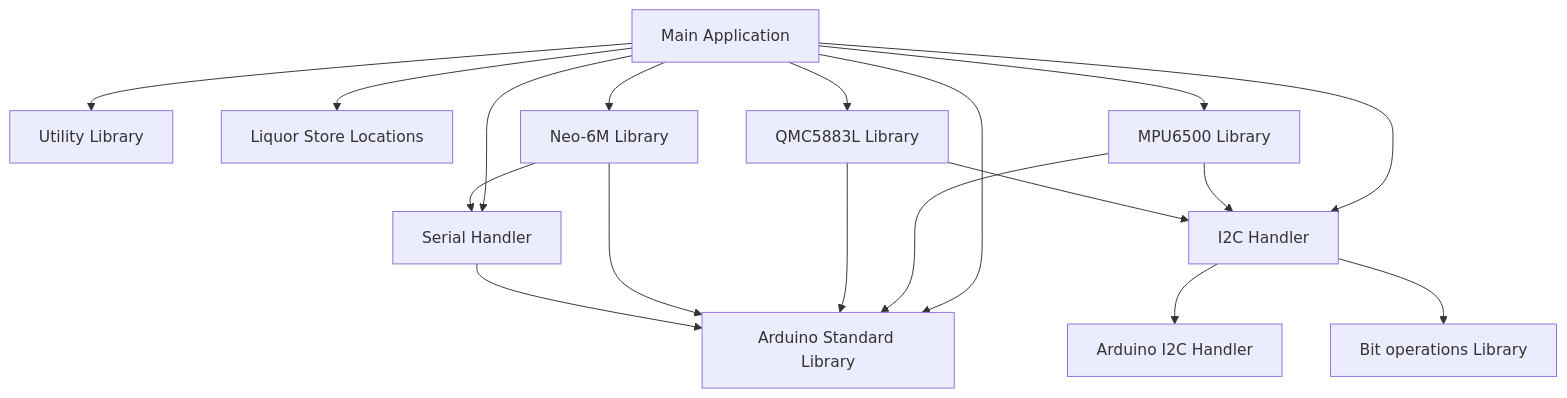
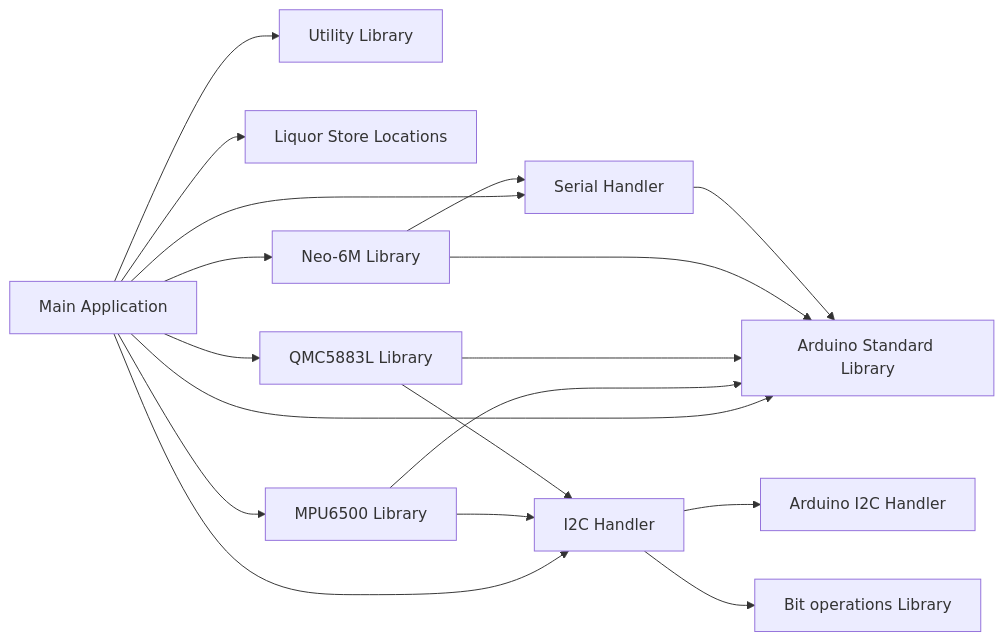
One commit to kyleetqi/beercompassV0 changed the diagram in readme.md. Above: the diagram before and after it, drawn with Mermaid.

Commit message:
Update flowchart

````diff
--- a/readme.md
+++ b/readme.md
@@ -11,38 +11,38 @@
 ```mermaid
 
-flowchart TD
+flowchart LR
 
 %% Main non-hardware libraries
 main[Main Application] --> utils[Utility Library]
 main --> arduino[Arduino Standard Library]
 main --> locations[Liquor Store Locations]
 
 %% Main IC libraries
 main --> mpu6500[MPU6500 Library]
 main --> qmc5883l[QMC5883L Library]
 main --> neo6m[Neo-6M Library]
 
 %% Main hardware interfacing libraries
 main --> serial[Serial Handler]
 main --> i2c[I2C Handler]
 
 %% MPU6500 libraries
 mpu6500 --> arduino
 mpu6500 --> i2c
 
 %% QMC5883L libraries
 qmc5883l --> i2c
 qmc5883l --> arduino
 
 %% Neo-6M libraries
 neo6m --> arduino
 neo6m --> serial
 
 %% I2C libraries
 i2c --> wire[Arduino I2C Handler]
 i2c --> bitops[Bit operations Library]
 
 %% Serial libraries
 serial --> arduino
 
 ```
````
